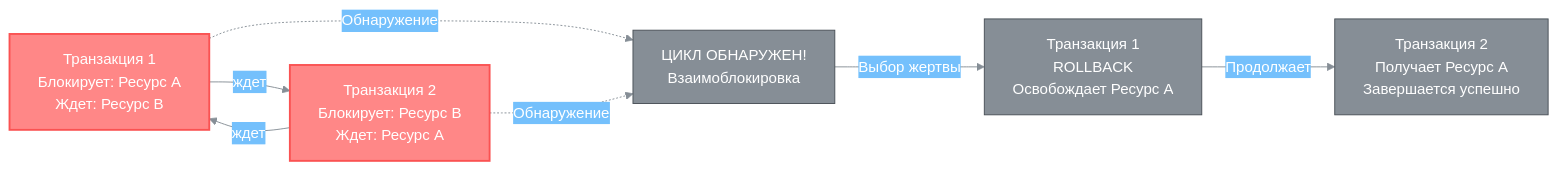
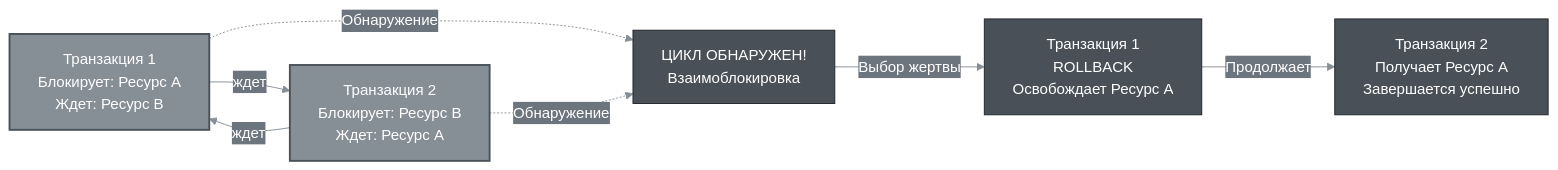
Diagram 12 of 23 in db_exam.md (alx314vo/db_exam), drawn with Mermaid before and after one commit. The commit also changed other lines of this file, not shown here.

````diff
--- a/db_exam.md
+++ b/db_exam.md
@@ -609,17 +609,17 @@
 ```mermaid
-%%{init: {'theme':'base', 'themeVariables': {'primaryColor':'#868e96','primaryTextColor':'#fff','primaryBorderColor':'#495057','lineColor':'#868e96','secondaryColor':'#74c0fc','tertiaryColor':'#ffc078','background':'#ffffff','textColor':'#212529'}}}%%
+%%{init: {'theme':'base', 'themeVariables': {'primaryColor':'#495057','primaryTextColor':'#fff','primaryBorderColor':'#212529','lineColor':'#868e96','secondaryColor':'#6c757d','tertiaryColor':'#adb5bd','background':'#ffffff','textColor':'#212529'}}}%%
 graph LR
     T1[Транзакция 1<br/>Блокирует: Ресурс A<br/>Ждет: Ресурс B] -->|ждет| T2[Транзакция 2<br/>Блокирует: Ресурс B<br/>Ждет: Ресурс A]
     T2 -->|ждет| T1
     
-    style T1 fill:#ff8787,stroke:#fa5252,stroke-width:2px,color:#fff
-    style T2 fill:#ff8787,stroke:#fa5252,stroke-width:2px,color:#fff
+    style T1 fill:#868e96,stroke:#495057,stroke-width:2px,color:#fff
+    style T2 fill:#868e96,stroke:#495057,stroke-width:2px,color:#fff
     
     note1[ЦИКЛ ОБНАРУЖЕН!<br/>Взаимоблокировка]
     
     T1 -.->|Обнаружение| note1
     T2 -.->|Обнаружение| note1
     
     note1 -->|Выбор жертвы| T3[Транзакция 1<br/>ROLLBACK<br/>Освобождает Ресурс A]
     T3 -->|Продолжает| T4[Транзакция 2<br/>Получает Ресурс A<br/>Завершается успешно]
 ```
````
